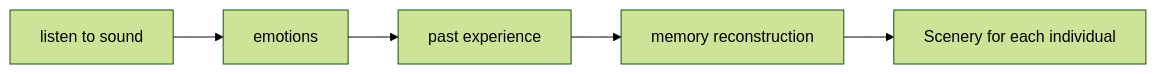
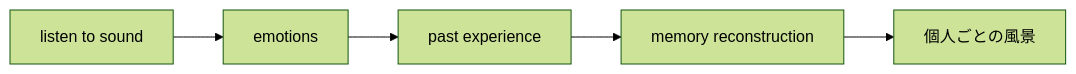
One commit to monumental-movement/monumental-movement.github.io changed the fourth of 10 diagrams in en/_posts/2026-07-18-column-boards-of-canada.md. Above: the diagram before and after it, drawn with Mermaid (forest theme). The commit also changed other lines of this file and 1012 other files, not shown here.

```diff
--- a/en/_posts/2026-07-18-column-boards-of-canada.md
+++ b/en/_posts/2026-07-18-column-boards-of-canada.md
@@ -438,7 +438,7 @@
 <div class="mermaid">
 flowchart LR
 A[listen to sound] --> B[emotions]
 B --> C[past experience]
 C --> D[memory reconstruction]
-D --> E[Scenery for each individual]
+D --> E[個人ごとの風景]
 </div>
```
